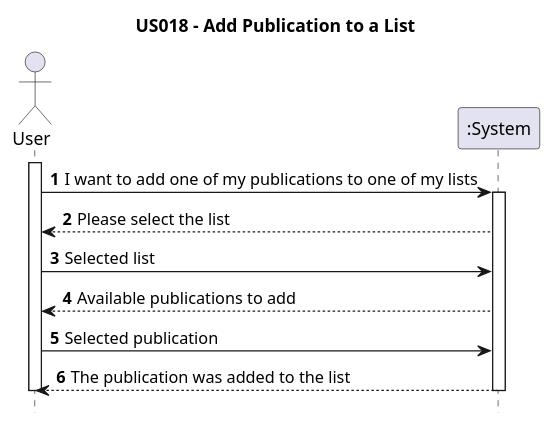
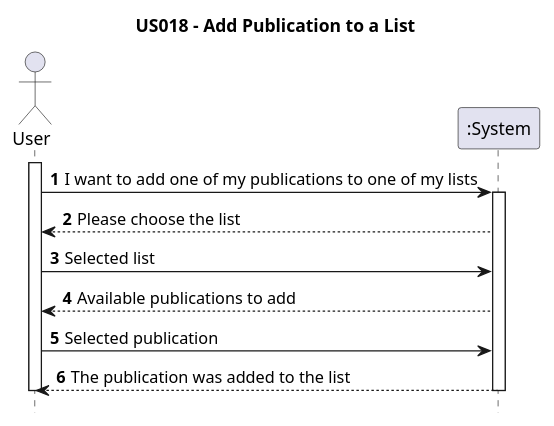
One commit to AndrePereiraGitH/SWitCH-Project-Team_A changed the diagram in Diagrams/SequenceDiagrams/N1/US018-to-add-publication-to-list.puml. Above: the diagram before and after it, drawn with PlantUML. The commit also changed 5 other files, not shown here.

Commit message:
#88 #89 and #92 #94: update SSD (N1), sequence (N2) and class diagrams

```diff
--- a/Diagrams/SequenceDiagrams/N1/US018-to-add-publication-to-list.puml
+++ b/Diagrams/SequenceDiagrams/N1/US018-to-add-publication-to-list.puml
@@ -1,29 +1,29 @@
 @startuml
 
 autonumber
 hide footbox
 
 title US018 - Add Publication to a List
 
 actor "User" as User
 participant ":System" as System
 
 activate User
 
 User -> System : I want to add one of my publications to one of my lists
 activate System
 
-System --> User : Please select the list
+System --> User : Please choose the list
 
 User -> System : Selected list
 
 System --> User : Available publications to add
 
 User -> System : Selected publication
 
 System --> User : The publication was added to the list
 deactivate System
 
 deactivate User
 
 @enduml
```
